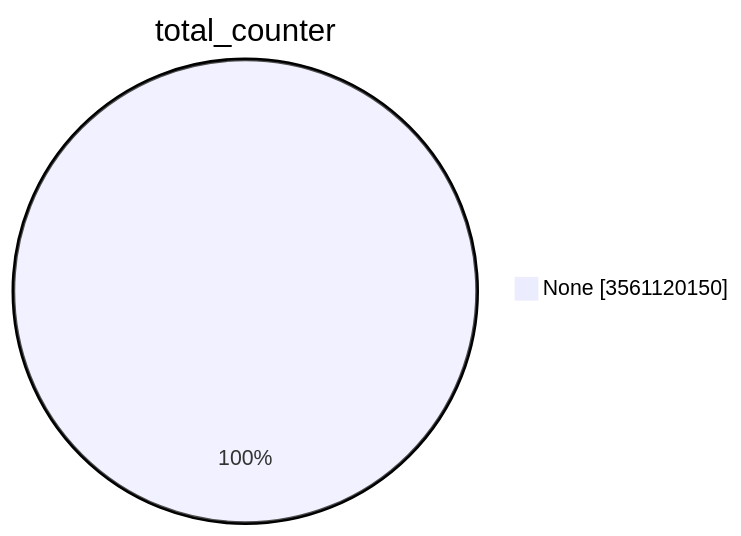
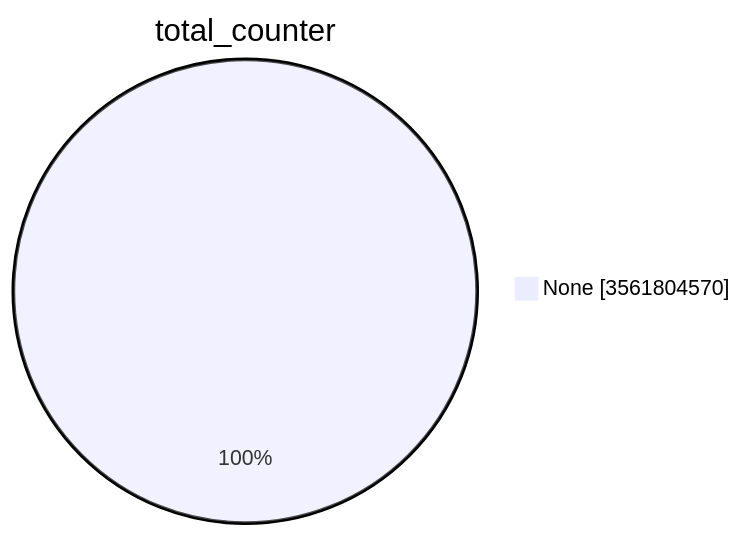
One commit to christiankrug/ctmonitor_visualization changed the first of 15 diagrams in TOTAL/README.md. Above: the diagram before and after it, drawn with Mermaid. The commit also changed other lines of this file, not shown here.

````diff
--- a/TOTAL/README.md
+++ b/TOTAL/README.md
@@ -1,5 +1,5 @@
 ```mermaid
 pie showData
 title total_counter
-"None" :3561120150
+"None" :3561804570
 ```
````
